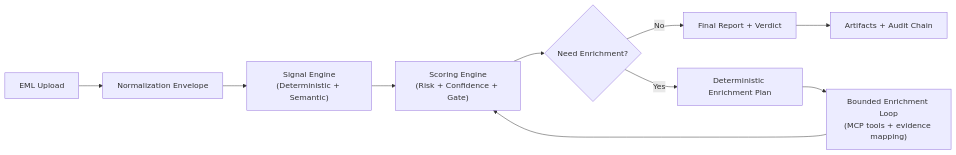
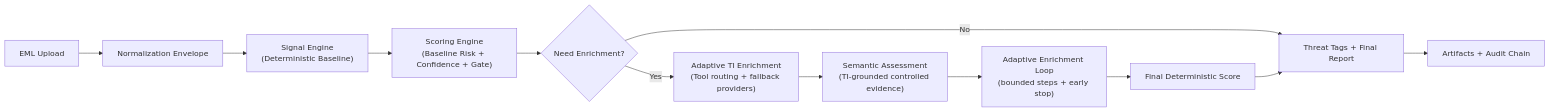
Before and after one commit to GBinion2020/AI-Phishing-Detection-WebApp: the diagram in README.md, drawn with Mermaid. The commit also changed other lines of this file and 19 other files, not shown here.

Commit message:
Improve adaptive triage flow, add threat tags, and harden marketing guardrails

````diff
--- a/README.md
+++ b/README.md
@@ -21,12 +22,14 @@
 ```mermaid
 flowchart LR
     A["EML Upload"] --> B["Normalization Envelope"]
-    B --> C["Signal Engine<br/>(Deterministic + Semantic)"]
-    C --> D["Scoring Engine<br/>(Risk + Confidence + Gate)"]
+    B --> C["Signal Engine<br/>(Deterministic Baseline)"]
+    C --> D["Scoring Engine<br/>(Baseline Risk + Confidence + Gate)"]
     D --> E{"Need Enrichment?"}
-    E -- "No" --> H["Final Report + Verdict"]
-    E -- "Yes" --> F["Deterministic Enrichment Plan"]
-    F --> G["Bounded Enrichment Loop<br/>(MCP tools + evidence mapping)"]
-    G --> D
-    H --> I["Artifacts + Audit Chain"]
+    E -- "No" --> H["Threat Tags + Final Report"]
+    E -- "Yes" --> F["Adaptive TI Enrichment<br/>(Tool routing + fallback providers)"]
+    F --> G["Semantic Assessment<br/>(TI-grounded controlled evidence)"]
+    G --> I["Adaptive Enrichment Loop<br/>(bounded steps + early stop)"]
+    I --> J["Final Deterministic Score"]
+    J --> H
+    H --> K["Artifacts + Audit Chain"]
 ```
````
